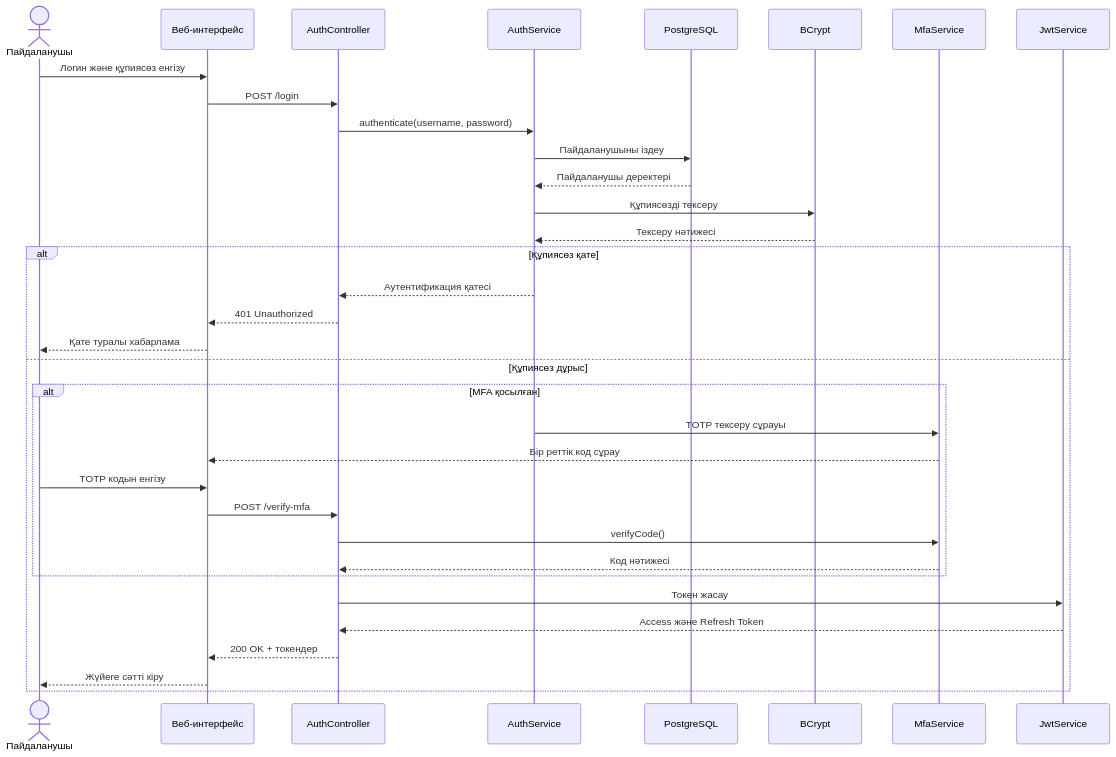
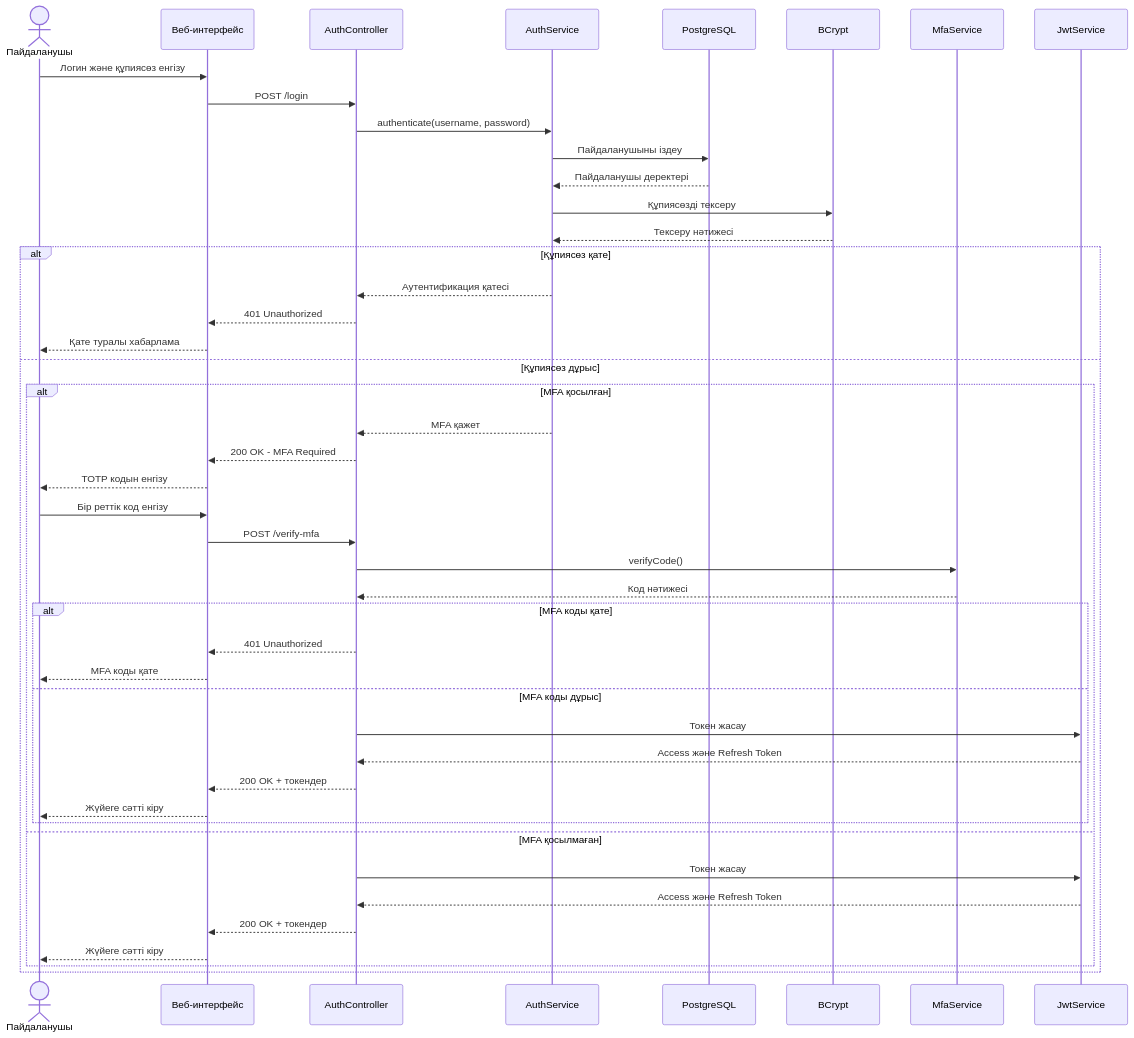
Before and after one commit to ajymaskar082/University-IAM-Platform: the diagram in docs/diagrams/sequence-diagram.md, drawn with Mermaid.

````diff
--- a/docs/diagrams/sequence-diagram.md
+++ b/docs/diagrams/sequence-diagram.md
@@ -2,39 +2,53 @@
 ```mermaid
 sequenceDiagram
     actor User as Пайдаланушы
     participant UI as Веб-интерфейс
     participant AC as AuthController
     participant AS as AuthService
     participant DB as PostgreSQL
     participant BC as BCrypt
     participant MFA as MfaService
     participant JWT as JwtService
 
     User->>UI: Логин және құпиясөз енгізу
     UI->>AC: POST /login
     AC->>AS: authenticate(username, password)
     AS->>DB: Пайдаланушыны іздеу
     DB-->>AS: Пайдаланушы деректері
     AS->>BC: Құпиясөзді тексеру
     BC-->>AS: Тексеру нәтижесі
 
     alt Құпиясөз қате
         AS-->>AC: Аутентификация қатесі
         AC-->>UI: 401 Unauthorized
         UI-->>User: Қате туралы хабарлама
+
     else Құпиясөз дұрыс
         alt MFA қосылған
-            AS->>MFA: TOTP тексеру сұрауы
-            MFA-->>UI: Бір реттік код сұрау
-            User->>UI: TOTP кодын енгізу
+            AS-->>AC: MFA қажет
+            AC-->>UI: 200 OK - MFA Required
+            UI-->>User: TOTP кодын енгізу
+            User->>UI: Бір реттік код енгізу
             UI->>AC: POST /verify-mfa
             AC->>MFA: verifyCode()
             MFA-->>AC: Код нәтижесі
+
+            alt MFA коды қате
+                AC-->>UI: 401 Unauthorized
+                UI-->>User: MFA коды қате
+
+            else MFA коды дұрыс
+                AC->>JWT: Токен жасау
+                JWT-->>AC: Access және Refresh Token
+                AC-->>UI: 200 OK + токендер
+                UI-->>User: Жүйеге сәтті кіру
+            end
+
+        else MFA қосылмаған
+            AC->>JWT: Токен жасау
+            JWT-->>AC: Access және Refresh Token
+            AC-->>UI: 200 OK + токендер
+            UI-->>User: Жүйеге сәтті кіру
         end
-
-        AC->>JWT: Токен жасау
-        JWT-->>AC: Access және Refresh Token
-        AC-->>UI: 200 OK + токендер
-        UI-->>User: Жүйеге сәтті кіру
     end
 ```
````
